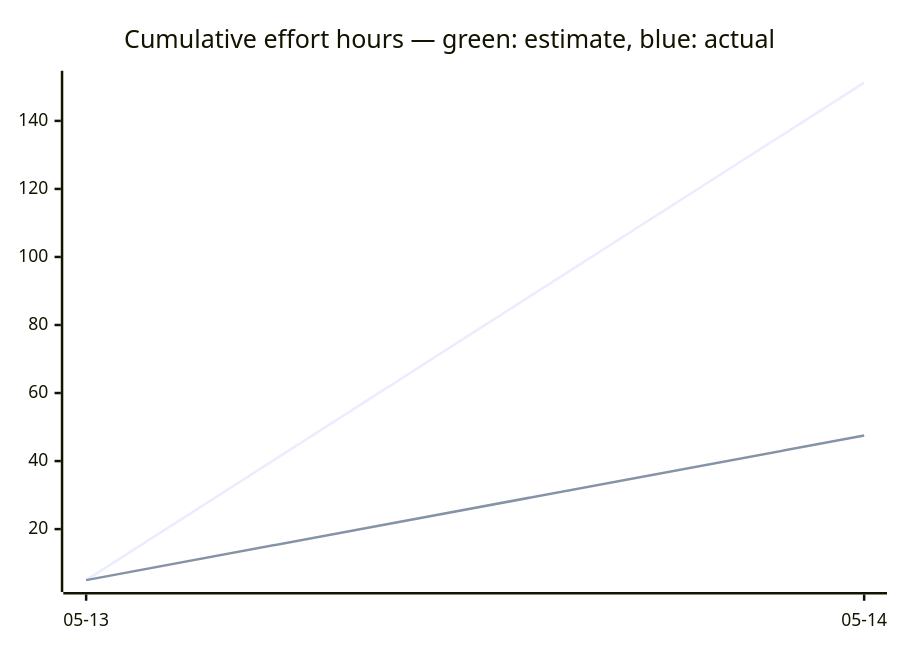
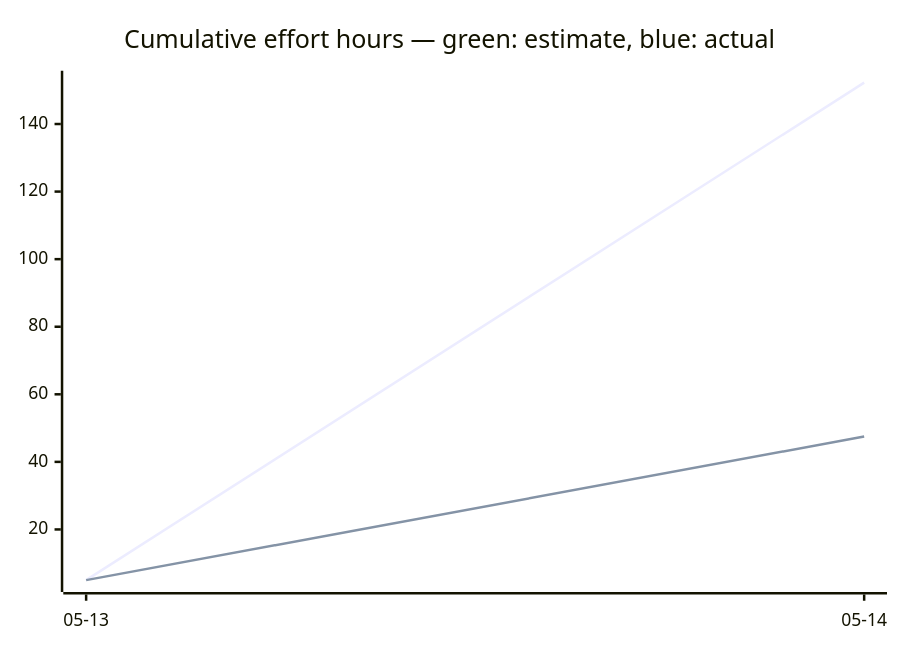
One commit to tgd1975/CircuitSmith changed the third of 3 diagrams in docs/developers/tasks/OVERVIEW.md. Above: the diagram before and after it, drawn with Mermaid. The commit also changed other lines of this file and 13 other files, not shown here.

````diff
--- a/docs/developers/tasks/OVERVIEW.md
+++ b/docs/developers/tasks/OVERVIEW.md
@@ -39,7 +39,7 @@
 ```mermaid
 xychart-beta
     title "Cumulative effort hours — green: estimate, blue: actual"
     x-axis ["05-13", "05-14"]
-    line [5, 151.25]
+    line [5, 152.25]
     line [5, 47.5]
 ```
````
